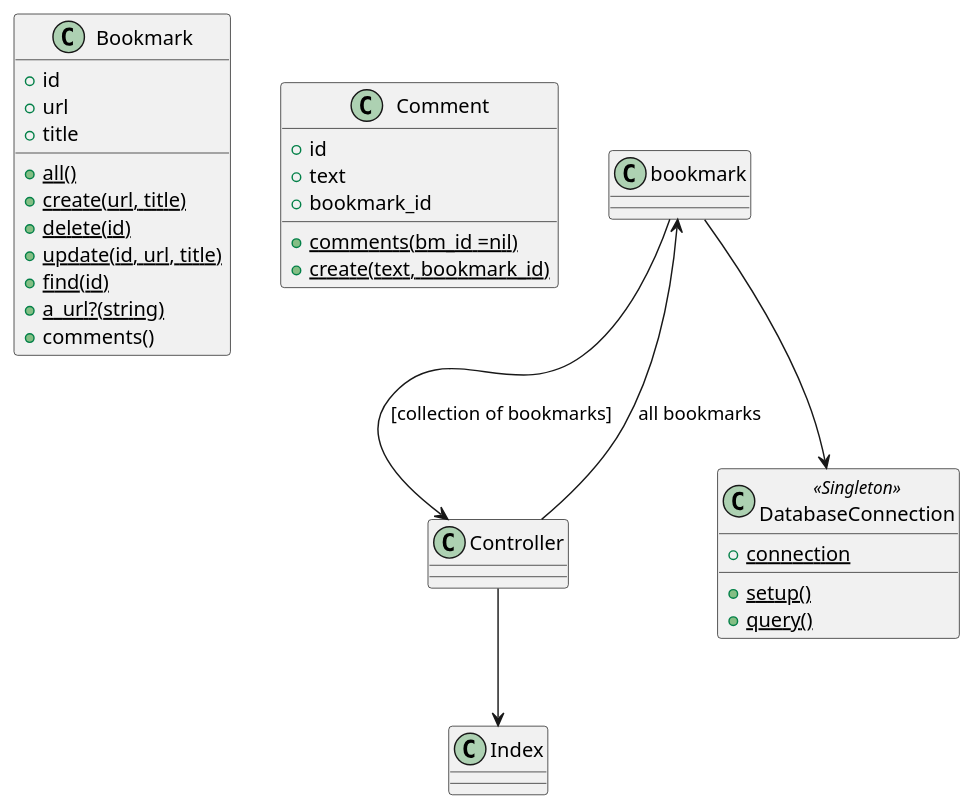
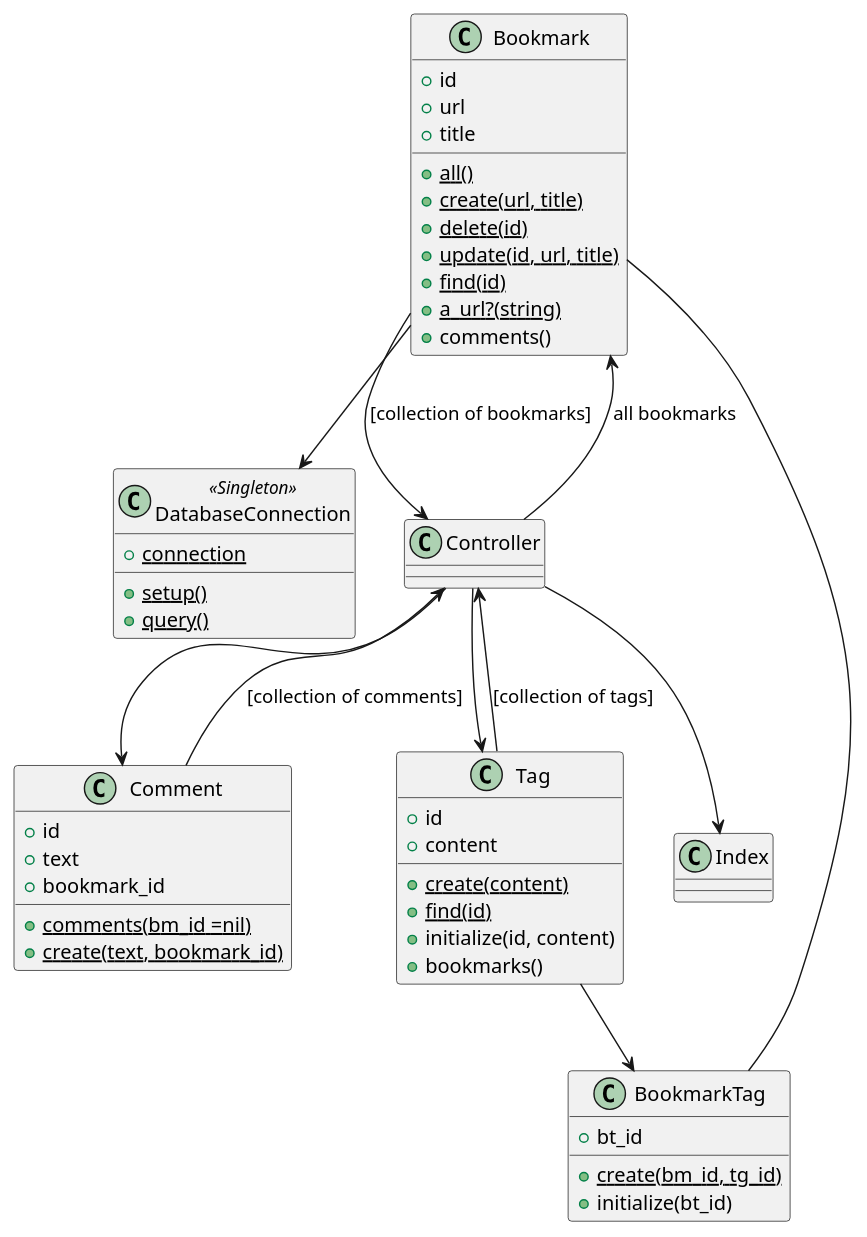
The diagram in user_stories.puml (meta-morpho-sys/new_bookmark_manager), drawn with PlantUML before and after one commit. The commit also changed 1 other file, not shown here.

Commit message:
Changes for Rubocop requirements. Updated diagrams.

```diff
--- a/user_stories.puml
+++ b/user_stories.puml
@@ -1,36 +1,58 @@
 @startuml
 
 class Bookmark {
     +id
     +url
     +title
     +{static} all()
     +{static} create(url, title)
     +{static} delete(id)
     +{static} update(id, url, title)
     +{static} find(id)
     +{static} a_url?(string)
     +comments()
 }
 
 class Comment {
     +id
     +text
     +bookmark_id
     +{static} comments(bm_id =nil)
     +{static} create(text, bookmark_id)
 
 }
 
+class Tag {
+    +id
+    +content
+    +{static} create(content)
+    +{static} find(id)
+    +initialize(id, content)
+    +bookmarks()
+}
+
+class BookmarkTag {
+    +bt_id
+    +{static} create(bm_id, tg_id)
+    +initialize(bt_id)
+}
+
+
 class DatabaseConnection <<Singleton>>  {
     +{static} connection
     +{static} setup()
     +{static} query()
 }
 
-Controller --> bookmark: all bookmarks
+Controller --> Bookmark: all bookmarks
+Controller --> Comment
+Controller--> Tag
+Bookmark --> Controller: [collection of bookmarks]
+Comment --> Controller: [collection of comments]
+Tag --> Controller: [collection of tags]
+Tag  --> BookmarkTag
+BookmarkTag -- Bookmark
+Bookmark --> DatabaseConnection
 Controller --> Index
-bookmark --> Controller: [collection of bookmarks]
-bookmark --> DatabaseConnection
 
 @enduml
```
